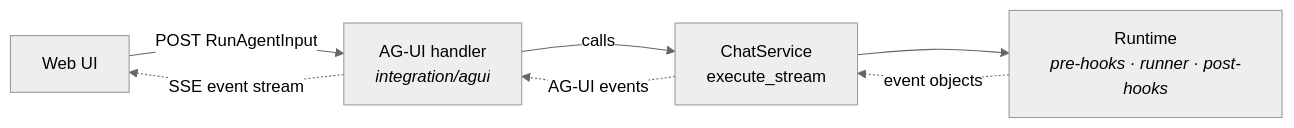
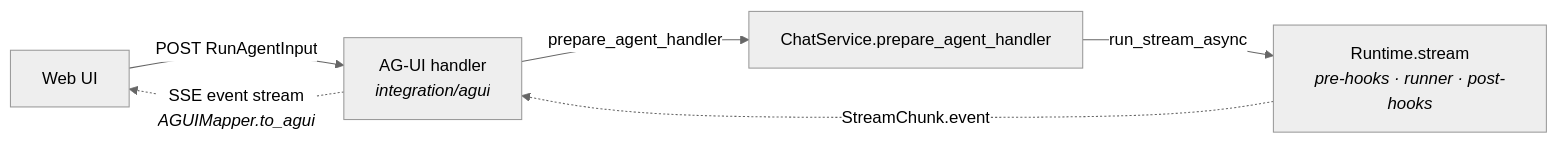
The diagram in docs/specs/523-ag-ui-support/design.md (ChamuthuEdirisooriya/agent-kernel), drawn with Mermaid (neutral theme) before and after one commit. The commit also changed other lines of this file and 48 other files, not shown here.

````diff
--- a/docs/specs/523-ag-ui-support/design.md
+++ b/docs/specs/523-ag-ui-support/design.md
@@ -64,14 +65,13 @@
 ```mermaid
 flowchart LR
     UI["Web UI"]
     H["AG-UI handler<br/><i>integration/agui</i>"]
-    CS["ChatService<br/>execute_stream"]
-    RT["Runtime<br/><i>pre-hooks · runner · post-hooks</i>"]
+    CS["ChatService.prepare_agent_handler"]
+    RT["Runtime.stream<br/><i>pre-hooks · runner · post-hooks</i>"]
 
     UI -- "POST RunAgentInput" --> H
-    H -- "calls" --> CS
-    CS --> RT
-    RT -. "event objects" .-> CS
-    CS -. "AG-UI events" .-> H
-    H -. "SSE event stream" .-> UI
+    H -- "prepare_agent_handler" --> CS
+    CS -- "run_stream_async" --> RT
+    RT -. "StreamChunk.event" .-> H
+    H -. "SSE event stream<br/><i>AGUIMapper.to_agui</i>" .-> UI
 ```
````
